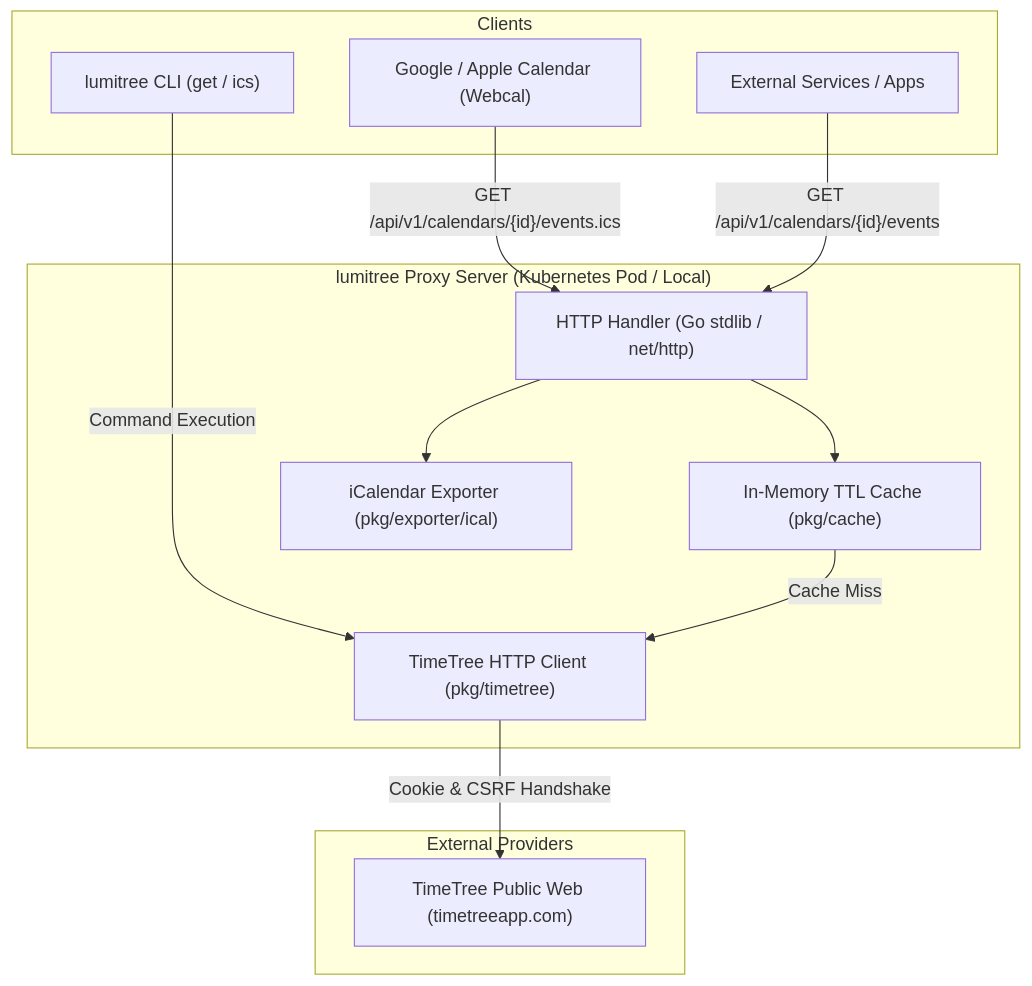
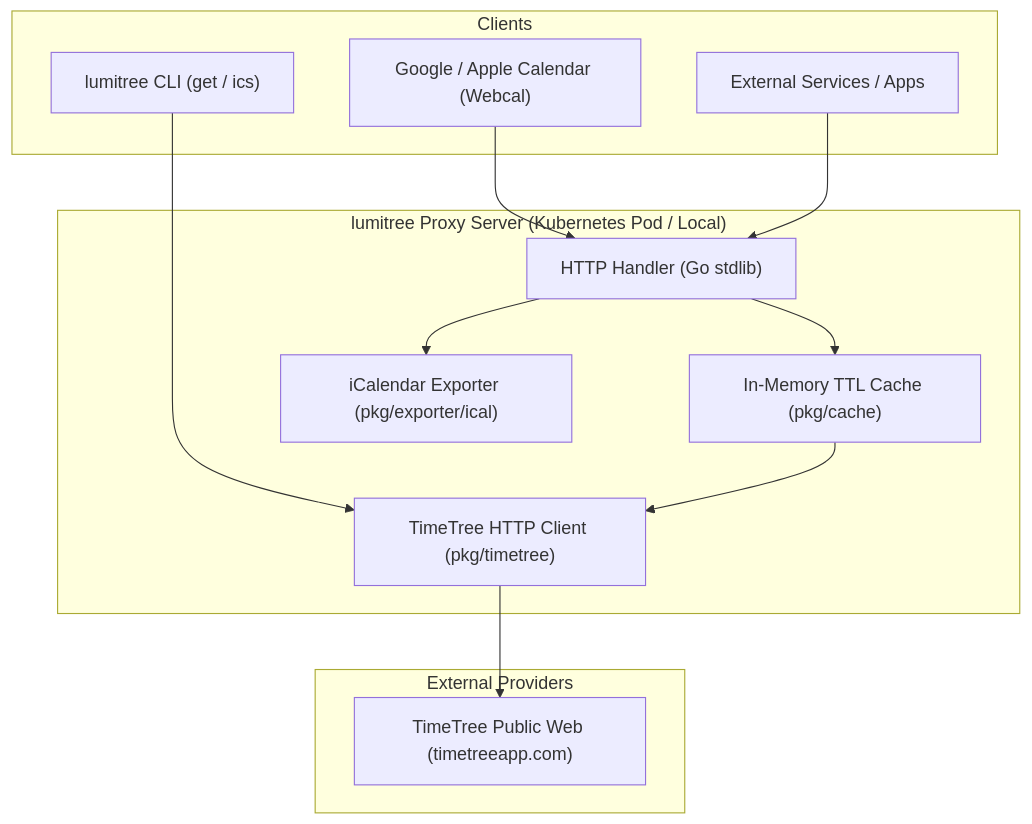
The first of 2 diagrams in docs/architecture.md (AobaIwaki123/lumitree), drawn with Mermaid before and after one commit. The commit also changed other lines of this file, not shown here.

Commit message:
docs: streamline Mermaid diagrams to standard robust syntax without special characters

````diff
--- a/docs/architecture.md
+++ b/docs/architecture.md
@@ -11,28 +11,28 @@
 ```mermaid
-graph TD
-    subgraph "Clients"
+flowchart TD
+    subgraph Clients["Clients"]
         CLI["lumitree CLI (get / ics)"]
         GCAL["Google / Apple Calendar (Webcal)"]
         APP["External Services / Apps"]
     end
 
-    subgraph "lumitree Proxy Server (Kubernetes Pod / Local)"
-        API["HTTP Handler (Go stdlib / net/http)"]
+    subgraph ProxyServer["lumitree Proxy Server (Kubernetes Pod / Local)"]
+        API["HTTP Handler (Go stdlib)"]
         CACHE["In-Memory TTL Cache (pkg/cache)"]
         EXPORTER["iCalendar Exporter (pkg/exporter/ical)"]
         CLIENT["TimeTree HTTP Client (pkg/timetree)"]
     end
 
-    subgraph "External Providers"
+    subgraph External["External Providers"]
         TT["TimeTree Public Web (timetreeapp.com)"]
     end
 
-    CLI -->|"Command Execution"| CLIENT
-    GCAL -->|"GET /api/v1/calendars/{id}/events.ics"| API
-    APP -->|"GET /api/v1/calendars/{id}/events"| API
+    CLI --> CLIENT
+    GCAL --> API
+    APP --> API
 
     API --> EXPORTER
     API --> CACHE
-    CACHE -->|"Cache Miss"| CLIENT
-    CLIENT -->|"Cookie & CSRF Handshake"| TT
+    CACHE --> CLIENT
+    CLIENT --> TT
 ```
````
